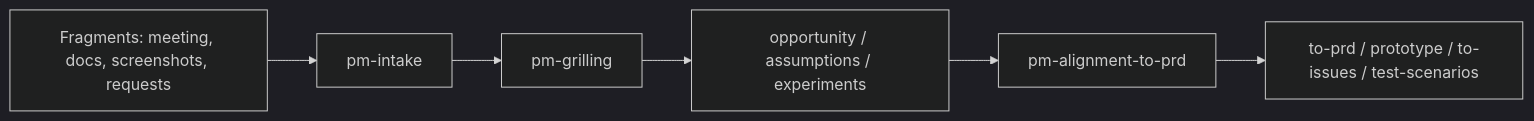
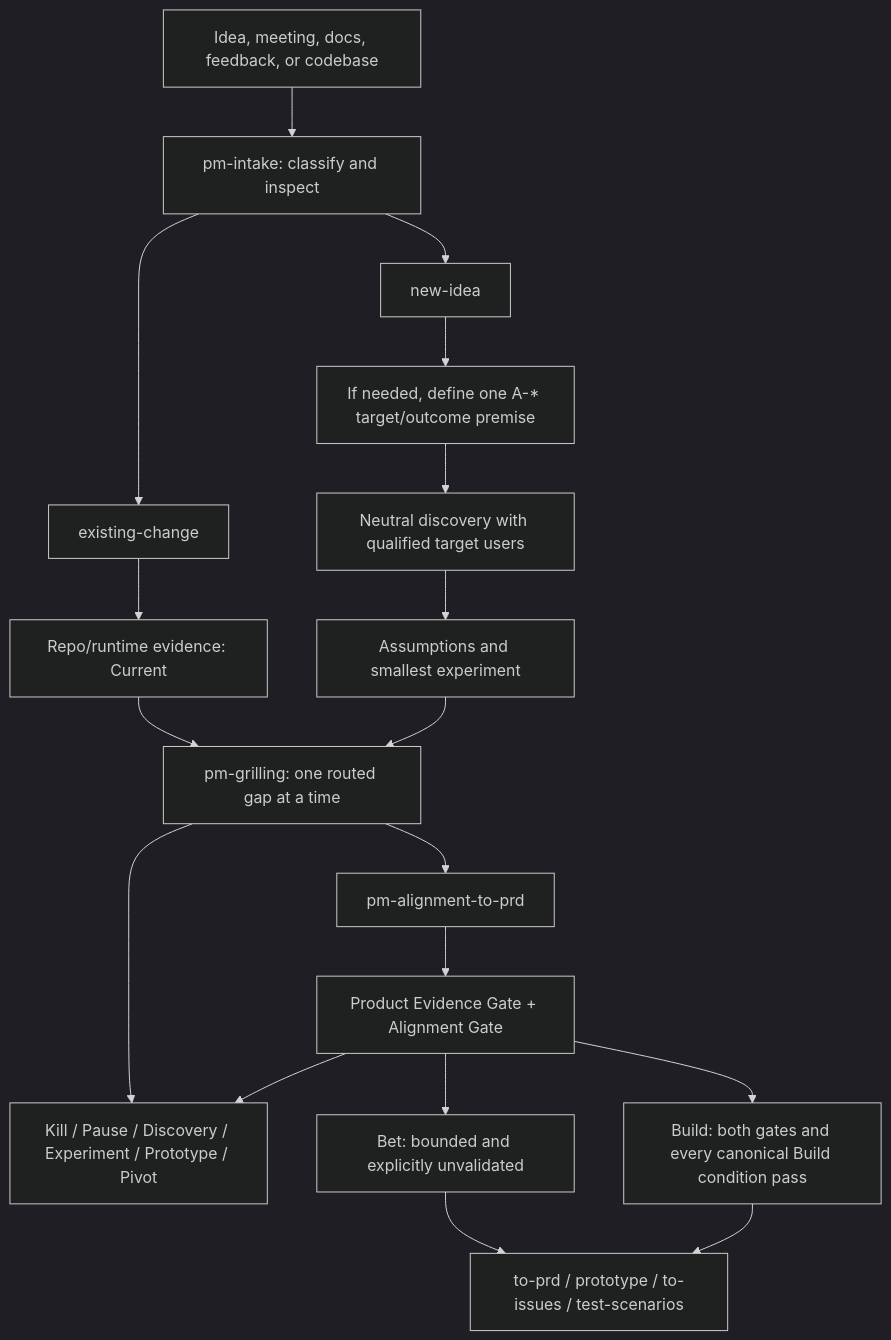
The diagram in README.md (cswfww123/wen-pm), drawn with Mermaid (dark theme) before and after one commit. The commit also changed other lines of this file and 23 other files, not shown here.

First line of the commit message:
refactor: evidence-driven discovery overhaul

````diff
--- a/README.md
+++ b/README.md
@@ -63,8 +73,20 @@
 ```mermaid
-flowchart LR
-  A["Fragments: meeting, docs, screenshots, requests"] --> B["pm-intake"]
-  B --> C["pm-grilling"]
-  C --> D["opportunity / assumptions / experiments"]
-  D --> E["pm-alignment-to-prd"]
-  E --> F["to-prd / prototype / to-issues / test-scenarios"]
+flowchart TD
+  A["Idea, meeting, docs, feedback, or codebase"] --> B["pm-intake: classify and inspect"]
+  B --> C["existing-change"]
+  B --> D["new-idea"]
+  C --> C1["Repo/runtime evidence: Current"]
+  C1 --> E0["pm-grilling: one routed gap at a time"]
+  D --> D0["If needed, define one A-* target/outcome premise"]
+  D0 --> D1["Neutral discovery with qualified target users"]
+  D1 --> D2["Assumptions and smallest experiment"]
+  D2 --> E0
+  E0 --> E["Kill / Pause / Discovery / Experiment / Prototype / Pivot"]
+  E0 --> F["pm-alignment-to-prd"]
+  F --> G["Product Evidence Gate + Alignment Gate"]
+  G --> E
+  G --> H["Bet: bounded and explicitly unvalidated"]
+  G --> I["Build: both gates and every canonical Build condition pass"]
+  H --> J["to-prd / prototype / to-issues / test-scenarios"]
+  I --> J
 ```
````
